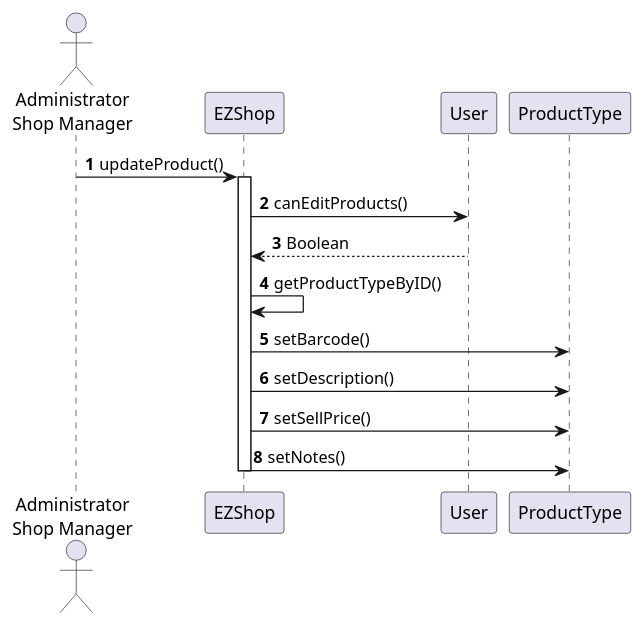
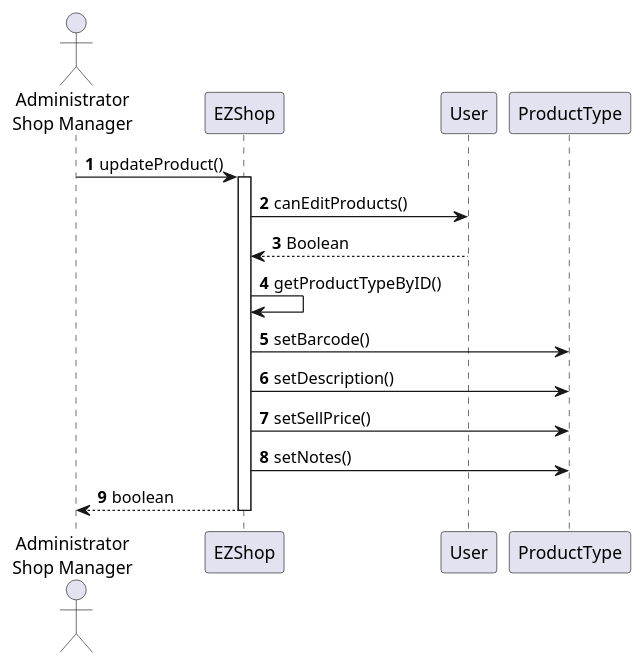
One commit to gioele-scaletta/EZShop-Software-Engineering-Project changed the sixth of 20 diagrams in Deliverables/DesignDocument.md. Above: the diagram before and after it, drawn with PlantUML. The commit also changed other lines of this file, not shown here.

Commit message:
Slight modification of UC1,2,3 and UML Diagram

````diff
--- a/Deliverables/DesignDocument.md
+++ b/Deliverables/DesignDocument.md
@@ -306,15 +313,16 @@
 ```plantuml
 actor "Administrator\nShop Manager" as user
 autonumber
 
 user->EZShop : updateProduct()
 activate EZShop
 EZShop->User : canEditProducts()
 User --> EZShop : Boolean
 EZShop->EZShop : getProductTypeByID()
 EZShop->ProductType : setBarcode()
 EZShop->ProductType : setDescription()
 EZShop->ProductType : setSellPrice()
 EZShop->ProductType : setNotes()
+EZShop-->user: boolean
 deactivate EZShop
 ```
````
